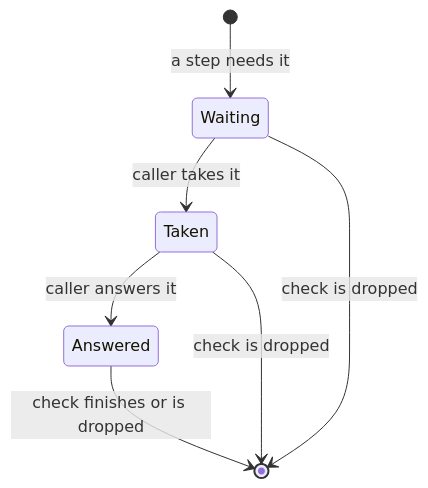
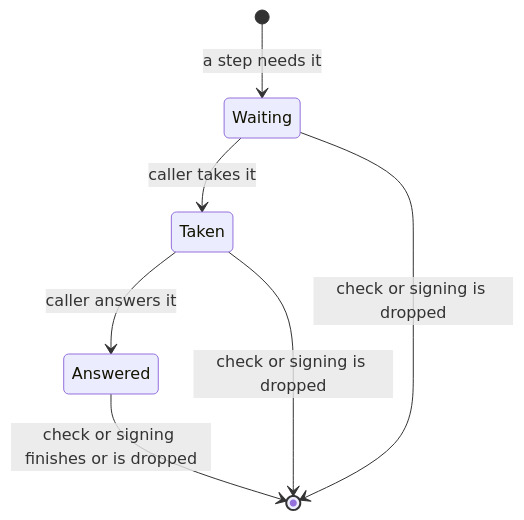
One commit to photom/hallmark changed the third of 9 diagrams in docs/reference/design/lifecycle.md. Above: the diagram before and after it, drawn with Mermaid. The commit also changed other lines of this file and 48 other files, not shown here.

First line of the commit message:
Give the signing caller its own entry type, Signing, apart from Check (#19)

````diff
--- a/docs/reference/design/lifecycle.md
+++ b/docs/reference/design/lifecycle.md
@@ -90,9 +85,9 @@
 ```mermaid
 stateDiagram-v2
     [*] --> Waiting : a step needs it
     Waiting --> Taken : caller takes it
     Taken --> Answered : caller answers it
-    Answered --> [*] : check finishes or is dropped
-    Waiting --> [*] : check is dropped
-    Taken --> [*] : check is dropped
+    Answered --> [*] : check or signing finishes or is dropped
+    Waiting --> [*] : check or signing is dropped
+    Taken --> [*] : check or signing is dropped
 ```
````
